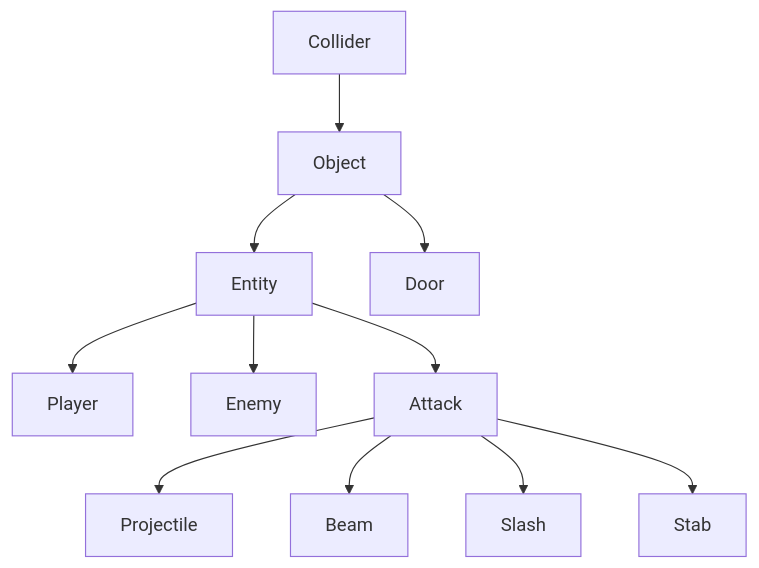
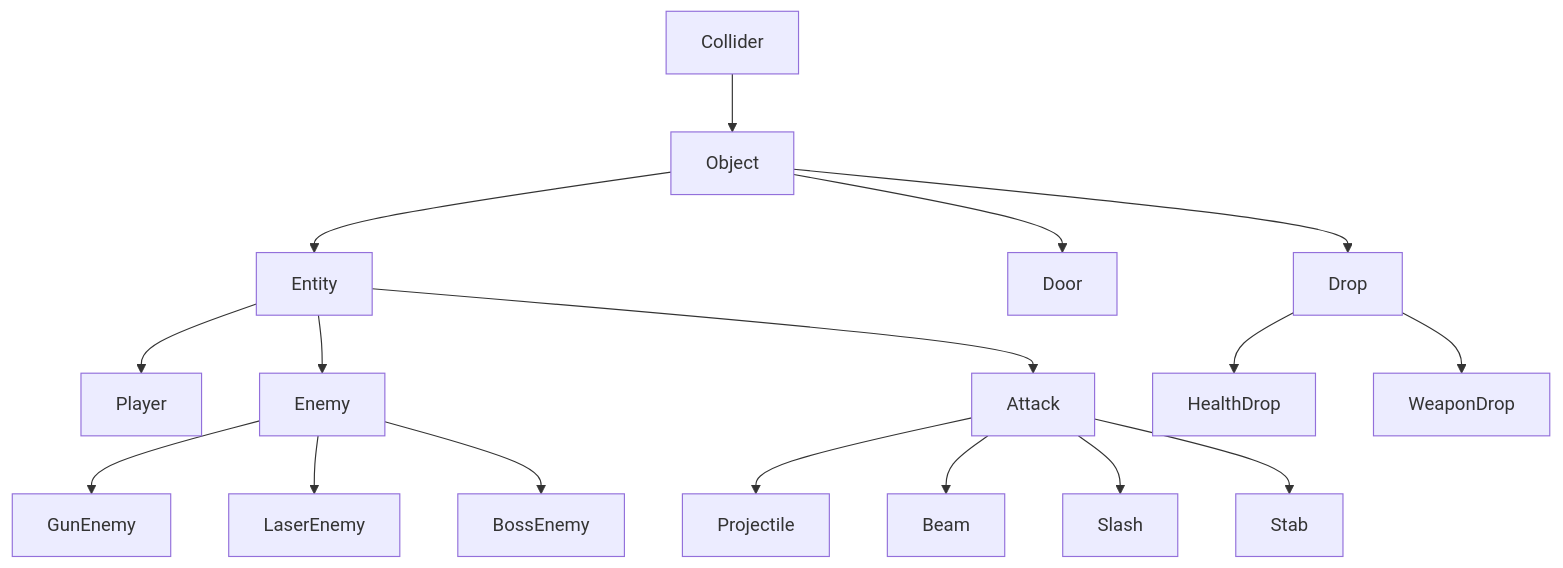
Before and after one commit to icsd3/bullet-hell: the first of 4 diagrams in README.md, drawn with Mermaid. The commit also changed other lines of this file, not shown here.

````diff
--- a/README.md
+++ b/README.md
@@ -33,13 +34,19 @@
 ```mermaid
     flowchart TD
         A[Collider] -->B[Object]
         B --> C[Entity]
         B --> D[Door]
         C --> E[Player]
         C --> F[Enemy]
         C --> G[Attack]
         G --> Projectile
         G --> Beam
         G --> Slash
         G --> Stab
+        F --> H[GunEnemy]
+        F --> I[LaserEnemy]
+        F --> J[BossEnemy]
+        B --> K[Drop]
+        K --> L[HealthDrop]
+        K --> M[WeaponDrop]
 ```
````
